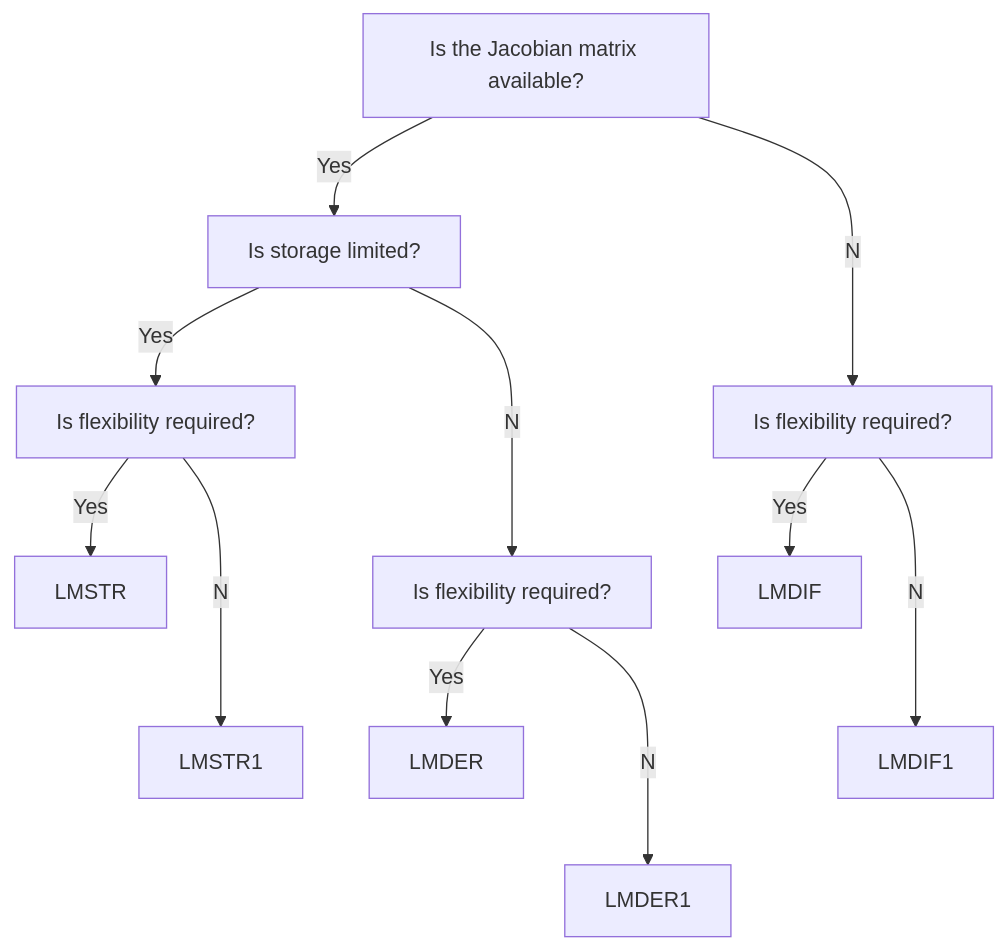
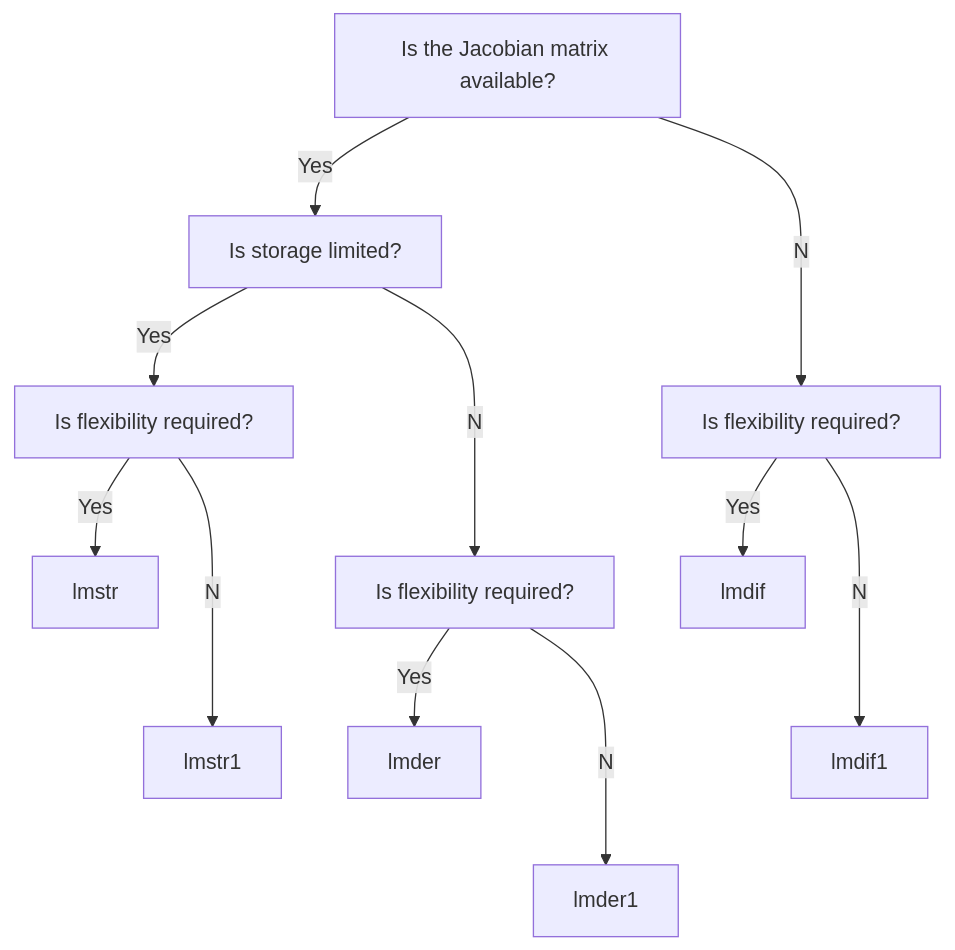
The second of 2 diagrams in README.md (fortran-lang/minpack), drawn with Mermaid before and after one commit. The commit also changed other lines of this file, not shown here.

Commit message:
Make names lowercase

````diff
--- a/README.md
+++ b/README.md
@@ -42,14 +42,14 @@
 ```mermaid
 flowchart TB
 	start[Is the Jacobian matrix available?]
 	start--Yes-->m1[Is storage limited?]
 	start--No-->m2[Is flexibility required?]
 	m1--Yes-->ml1[Is flexibility required?]
 	m1--No-->ml2[Is flexibility required?]
-	ml1--Yes-->b1[LMSTR]
-	ml1--No-->b2[LMSTR1]
-	ml2--Yes-->b3[LMDER]
-	ml2--No-->b4[LMDER1]
-	m2--Yes-->mr1[LMDIF]
-	m2--No-->mr2[LMDIF1]
+	ml1--Yes-->b1[lmstr]
+	ml1--No-->b2[lmstr1]
+	ml2--Yes-->b3[lmder]
+	ml2--No-->b4[lmder1]
+	m2--Yes-->mr1[lmdif]
+	m2--No-->mr2[lmdif1]
 ```
````
